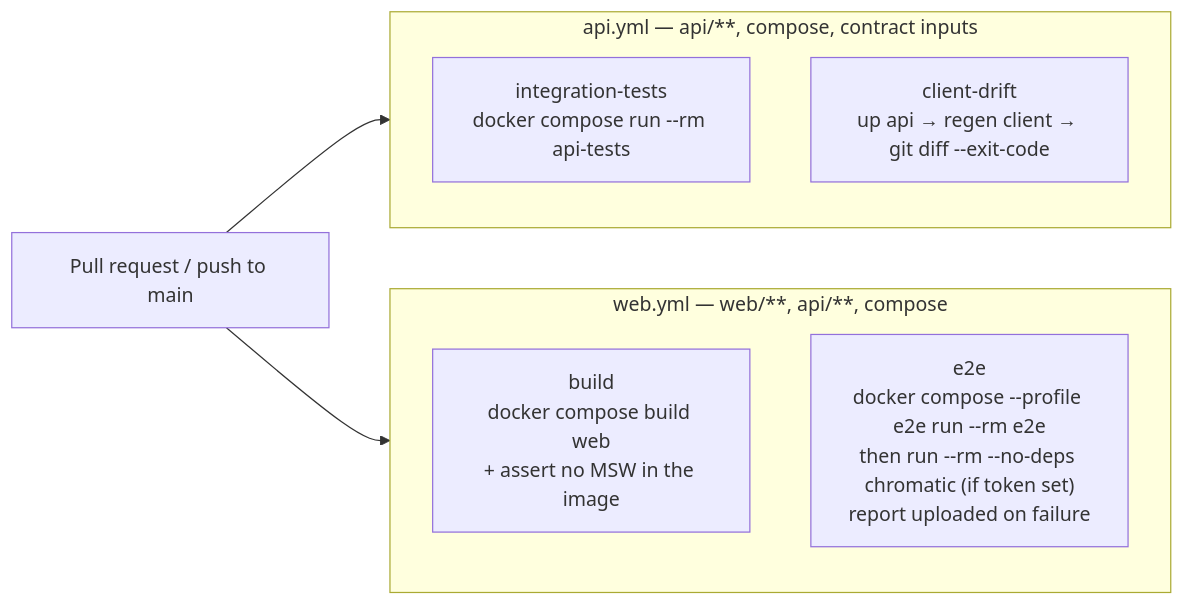
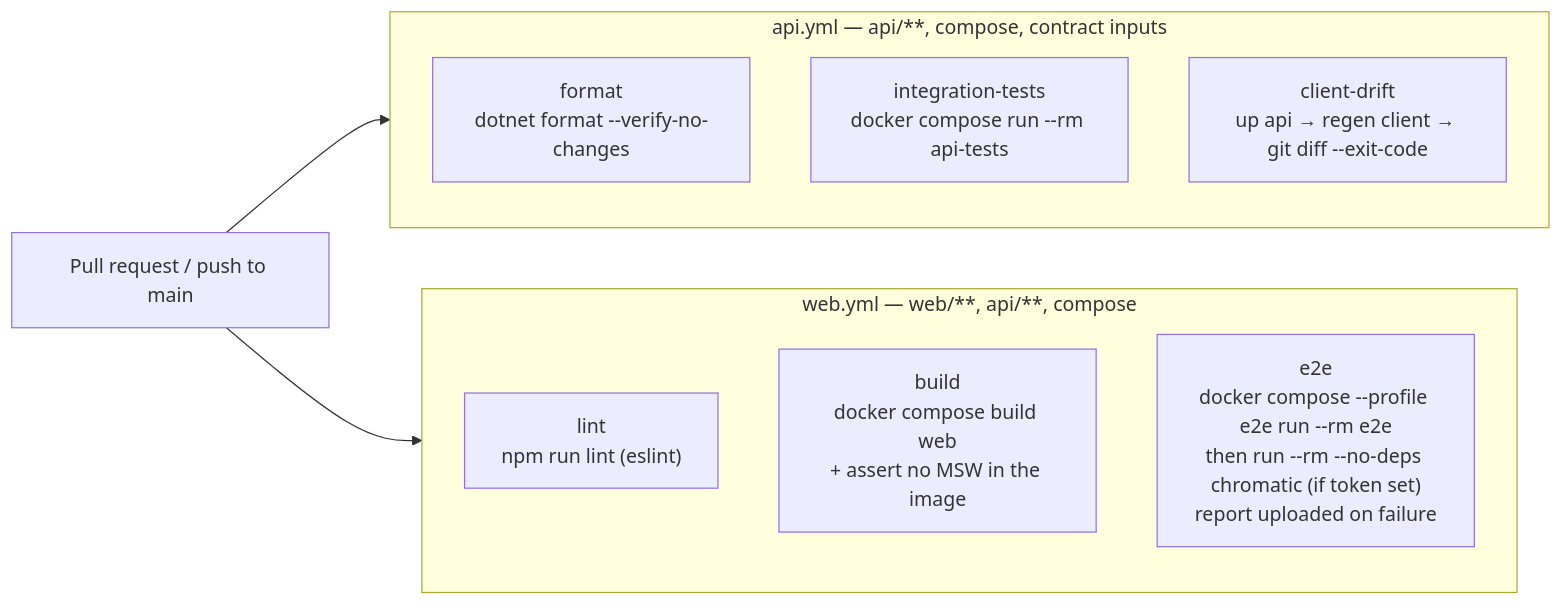
One commit to l1em1on1/social-tennis changed the ninth of 9 diagrams in docs/architecture.md. Above: the diagram before and after it, drawn with Mermaid. The commit also changed other lines of this file and 8 other files, not shown here.

First line of the commit message:
CI guardrails: lint, format and analyzers, Dependabot, requirable checks (#55) (#58)

````diff
--- a/docs/architecture.md
+++ b/docs/architecture.md
@@ -319,12 +319,14 @@
 ```mermaid
 flowchart LR
     subgraph apiwf ["api.yml — api/**, compose, contract inputs"]
+        T0["format<br/>dotnet format --verify-no-changes"]
         T1["integration-tests<br/>docker compose run --rm api-tests"]
         T2["client-drift<br/>up api → regen client → git diff --exit-code"]
     end
     subgraph webwf ["web.yml — web/**, api/**, compose"]
+        T5["lint<br/>npm run lint (eslint)"]
         T3["build<br/>docker compose build web<br/>+ assert no MSW in the image"]
         T4["e2e<br/>docker compose --profile e2e run --rm e2e<br/>then run --rm --no-deps chromatic (if token set)<br/>report uploaded on failure"]
     end
     PR[Pull request / push to main] --> apiwf & webwf
 ```
````
